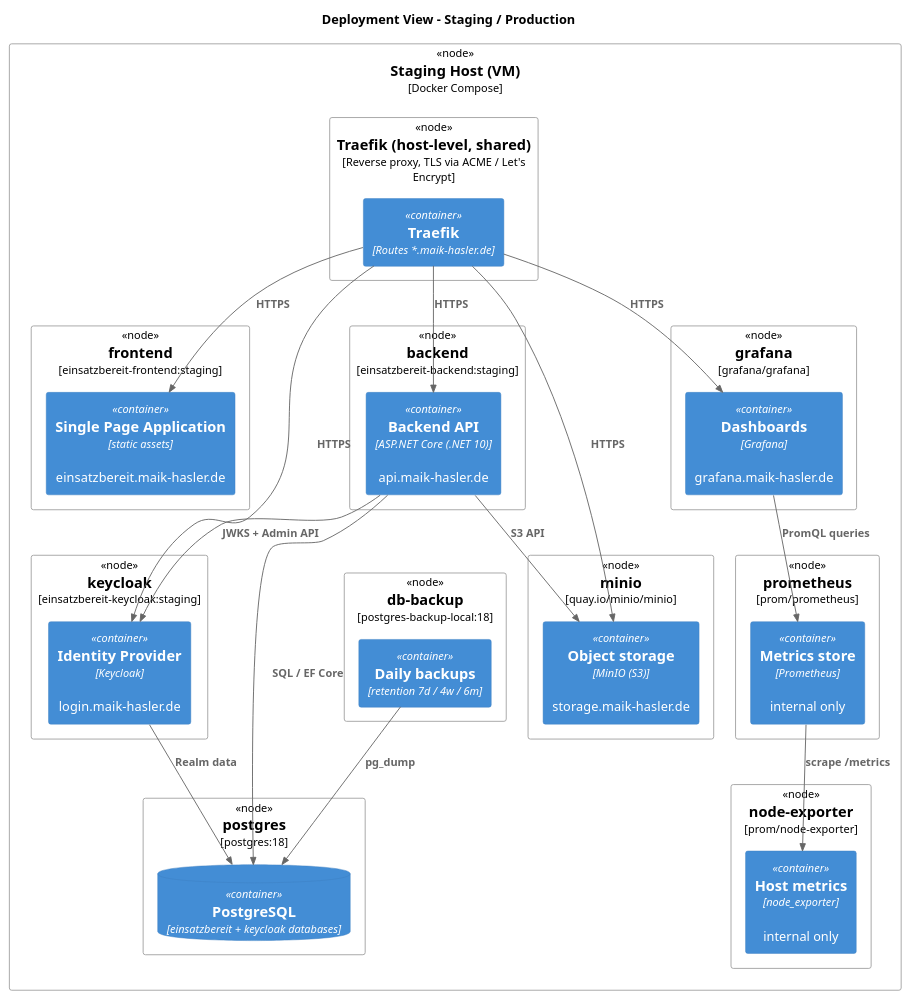
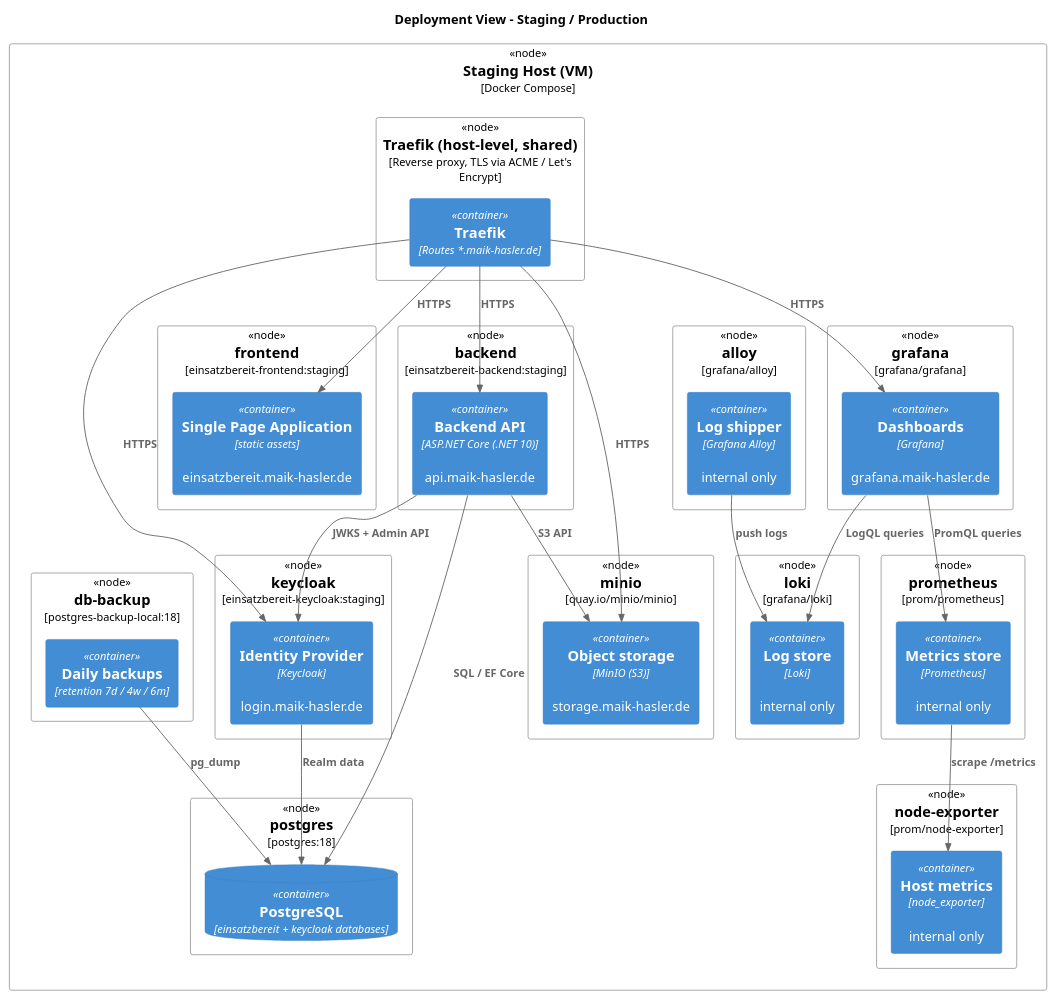
One commit to maik-hasler/einsatzbereit changed the diagram in docs/Architecture/images/deployment-staging.puml. Above: the diagram before and after it, drawn with PlantUML. The commit also changed 2 other files, not shown here.

Commit message:
feat: add Loki + Grafana Alloy for staging log aggregation
Prometheus alone only covers metrics, not logs. Adds Loki as the log
store and Grafana Alloy to ship container logs into it, both on the
existing internal-only monitoring network, wired into Grafana as a
second datasource alongside Prometheus.

Alloy discovers containers and streams their logs via a read-only
Docker socket mount - the standard pattern for Docker-aware log
shippers, and narrower than what cAdvisor would need (list containers
and read logs, not full host filesystem and cgroup access), though a
compromised container with socket access still has effective
host-level reach.

No new secrets required - neither Loki nor Alloy needs credentials.

Claude-Session: https://claude.ai/code/session_01G3niZ42L2qRpxjcoSHyVoi

```diff
--- a/docs/Architecture/images/deployment-staging.puml
+++ b/docs/Architecture/images/deployment-staging.puml
@@ -1,63 +1,73 @@
 @startuml Staging Deployment
 
 !include <C4/C4_Deployment>
 
 title Deployment View - Staging / Production
 
 Deployment_Node(host, "Staging Host (VM)", "Docker Compose") {
 
 	Deployment_Node(traefik_node, "Traefik (host-level, shared)", "Reverse proxy, TLS via ACME / Let's Encrypt") {
 		Container(traefik, "Traefik", "Routes *.maik-hasler.de")
 	}
 
 	Deployment_Node(fe_node, "frontend", "einsatzbereit-frontend:staging") {
 		Container(fe, "Single Page Application", "static assets", "einsatzbereit.maik-hasler.de")
 	}
 
 	Deployment_Node(be_node, "backend", "einsatzbereit-backend:staging") {
 		Container(be, "Backend API", "ASP.NET Core (.NET 10)", "api.maik-hasler.de")
 	}
 
 	Deployment_Node(kc_node, "keycloak", "einsatzbereit-keycloak:staging") {
 		Container(kc, "Identity Provider", "Keycloak", "login.maik-hasler.de")
 	}
 
 	Deployment_Node(mo_node, "minio", "quay.io/minio/minio") {
 		Container(mo, "Object storage", "MinIO (S3)", "storage.maik-hasler.de")
 	}
 
 	Deployment_Node(pg_node, "postgres", "postgres:18") {
 		ContainerDb(pg, "PostgreSQL", "einsatzbereit + keycloak databases")
 	}
 
 	Deployment_Node(bk_node, "db-backup", "postgres-backup-local:18") {
 		Container(bk, "Daily backups", "retention 7d / 4w / 6m")
 	}
 
 	Deployment_Node(gf_node, "grafana", "grafana/grafana") {
 		Container(gf, "Dashboards", "Grafana", "grafana.maik-hasler.de")
 	}
 
 	Deployment_Node(pr_node, "prometheus", "prom/prometheus") {
 		Container(pr, "Metrics store", "Prometheus", "internal only")
 	}
 
 	Deployment_Node(ne_node, "node-exporter", "prom/node-exporter") {
 		Container(ne, "Host metrics", "node_exporter", "internal only")
 	}
+
+	Deployment_Node(lo_node, "loki", "grafana/loki") {
+		Container(lo, "Log store", "Loki", "internal only")
+	}
+
+	Deployment_Node(al_node, "alloy", "grafana/alloy") {
+		Container(al, "Log shipper", "Grafana Alloy", "internal only")
+	}
 }
 
 Rel(traefik, fe, "HTTPS")
 Rel(traefik, be, "HTTPS")
 Rel(traefik, kc, "HTTPS")
 Rel(traefik, mo, "HTTPS")
 Rel(traefik, gf, "HTTPS")
 Rel(be, pg, "SQL / EF Core")
 Rel(be, kc, "JWKS + Admin API")
 Rel(be, mo, "S3 API")
 Rel(kc, pg, "Realm data")
 Rel(bk, pg, "pg_dump")
 Rel(gf, pr, "PromQL queries")
+Rel(gf, lo, "LogQL queries")
 Rel(pr, ne, "scrape /metrics")
+Rel(al, lo, "push logs")
 
 @enduml
```
